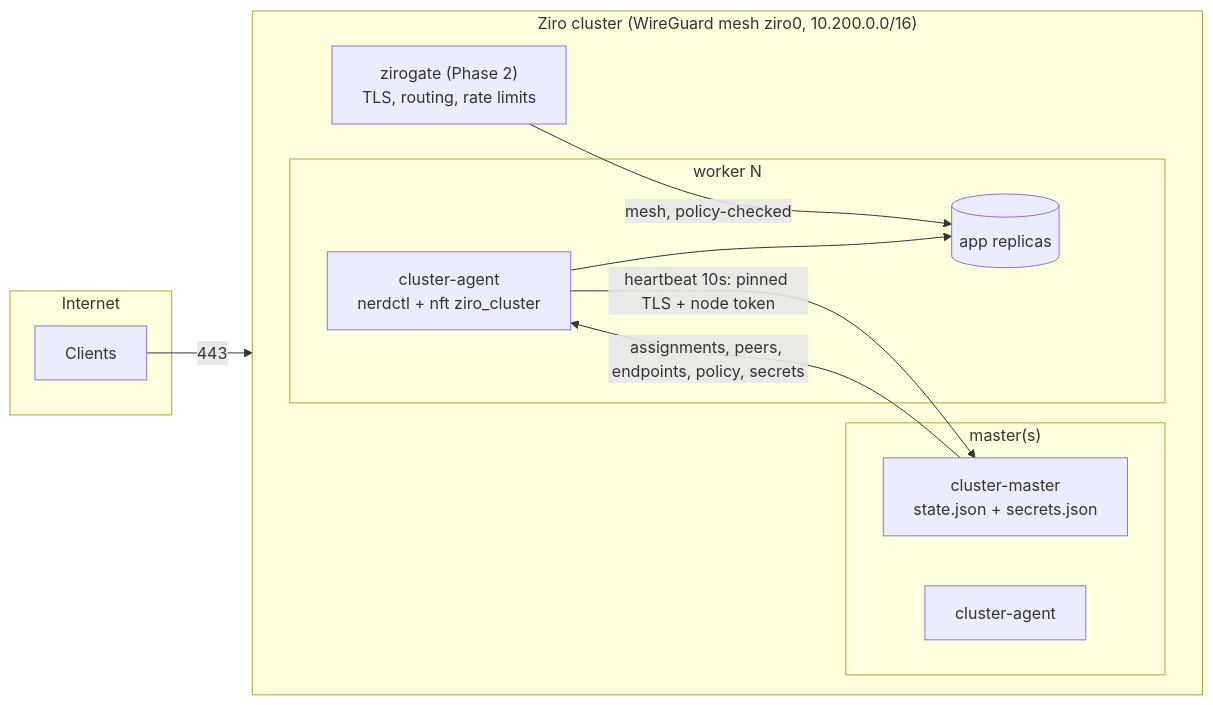
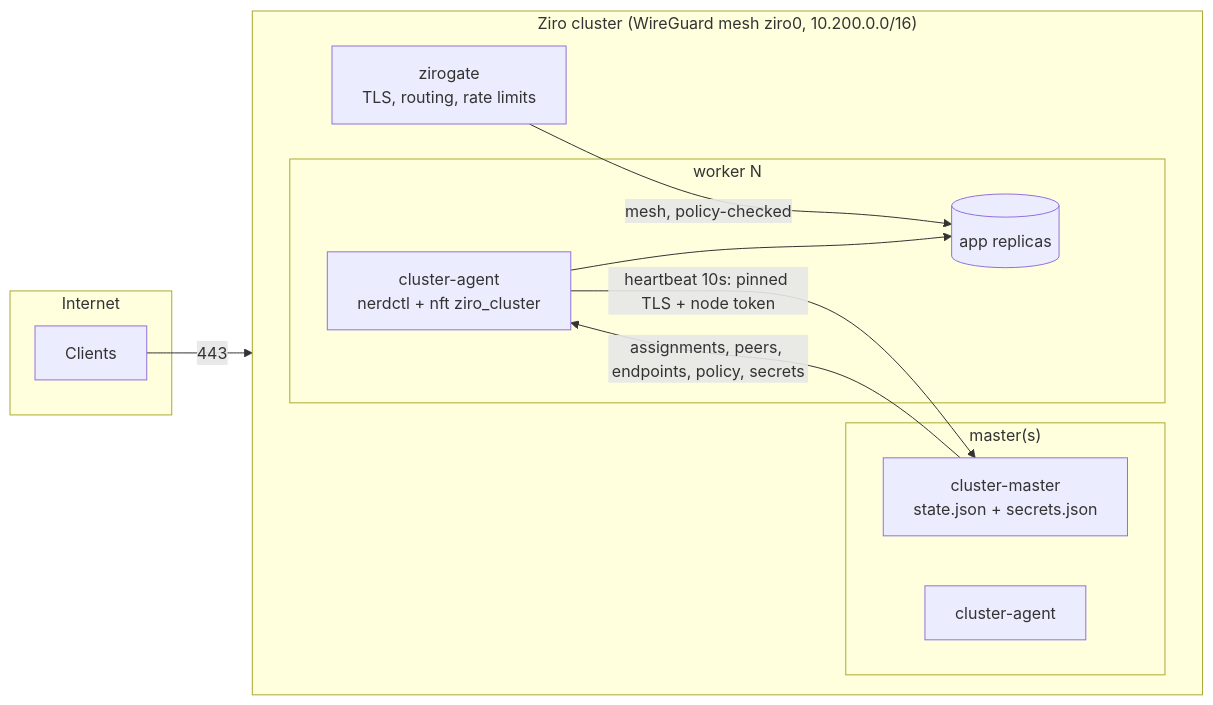
One commit to ziro-os/ziro-os changed the diagram in docs/architecture.md. Above: the diagram before and after it, drawn with Mermaid. The commit also changed other lines of this file and 13 other files, not shown here.

First line of the commit message:
feat(gateway): zirogate cluster ingress with ACME TLS, routing, rate limits, allowlists

````diff
--- a/docs/architecture.md
+++ b/docs/architecture.md
@@ -89,22 +89,22 @@
 ```mermaid
 flowchart LR
   subgraph Internet
     U[Clients]
   end
   subgraph Cluster["Ziro cluster (WireGuard mesh ziro0, 10.200.0.0/16)"]
     direction LR
-    GW["zirogate (Phase 2)<br/>TLS, routing, rate limits"]
+    GW["zirogate<br/>TLS, routing, rate limits"]
     subgraph M["master(s)"]
       CP["cluster-master<br/>state.json + secrets.json"]
       A1[cluster-agent]
     end
     subgraph W["worker N"]
       A2["cluster-agent<br/>nerdctl + nft ziro_cluster"]
       C2[(app replicas)]
     end
   end
   U -->|443| GW -->|mesh, policy-checked| C2
   A2 -->|"heartbeat 10s: pinned TLS + node token"| CP
   CP -->|"assignments, peers, endpoints, policy, secrets"| A2
   A2 --> C2
 ```
````
